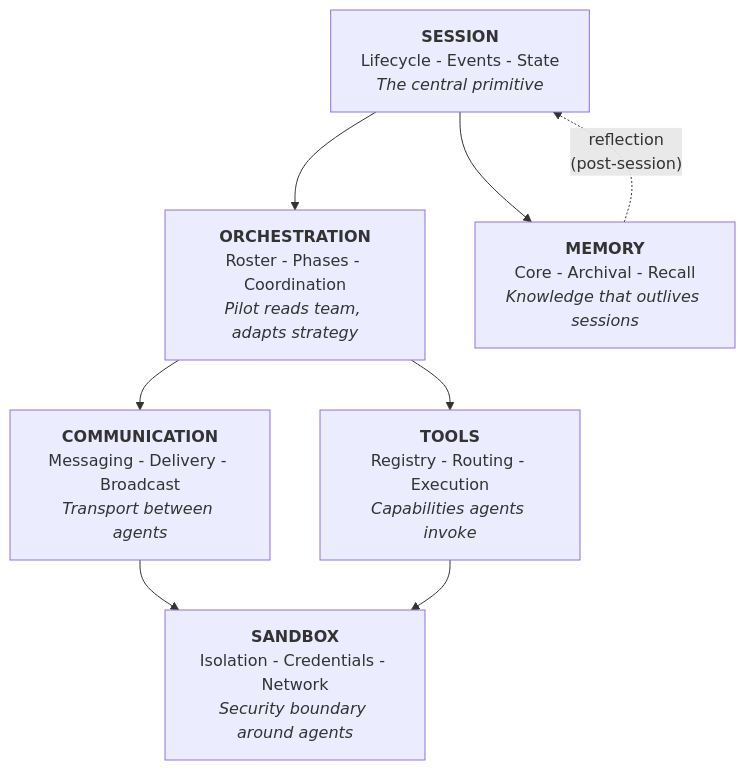
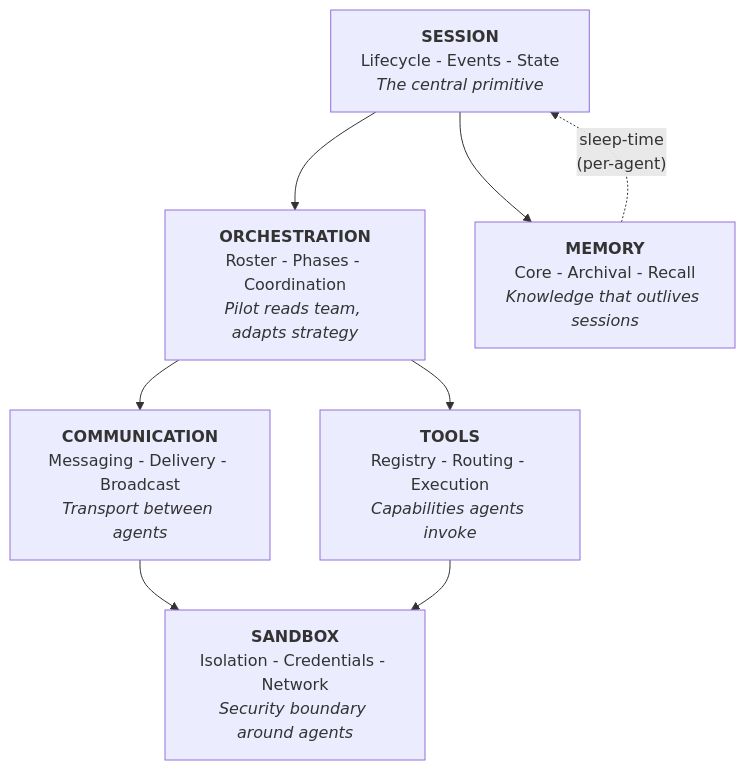
Before and after one commit to donovan-yohan/belayer: the first of 3 diagrams in docs/PHILOSOPHY.md, drawn with Mermaid. The commit also changed other lines of this file, not shown here.

First line of the commit message:
docs: adopt agent-managed memory model with sleep-time compute

````diff
--- a/docs/PHILOSOPHY.md
+++ b/docs/PHILOSOPHY.md
@@ -30,22 +30,22 @@
 ```mermaid
 flowchart TB
     S["<b>SESSION</b><br/>Lifecycle - Events - State<br/><i>The central primitive</i>"]
 
     O["<b>ORCHESTRATION</b><br/>Roster - Phases - Coordination<br/><i>Pilot reads team, adapts strategy</i>"]
 
     M["<b>MEMORY</b><br/>Core - Archival - Recall<br/><i>Knowledge that outlives sessions</i>"]
 
     C["<b>COMMUNICATION</b><br/>Messaging - Delivery - Broadcast<br/><i>Transport between agents</i>"]
 
     T["<b>TOOLS</b><br/>Registry - Routing - Execution<br/><i>Capabilities agents invoke</i>"]
 
     SB["<b>SANDBOX</b><br/>Isolation - Credentials - Network<br/><i>Security boundary around agents</i>"]
 
     S --> O
     S --> M
     O --> C
     O --> T
     C --> SB
     T --> SB
-    M -.->|"reflection<br/>(post-session)"| S
+    M -.->|"sleep-time<br/>(per-agent)"| S
 ```
````
